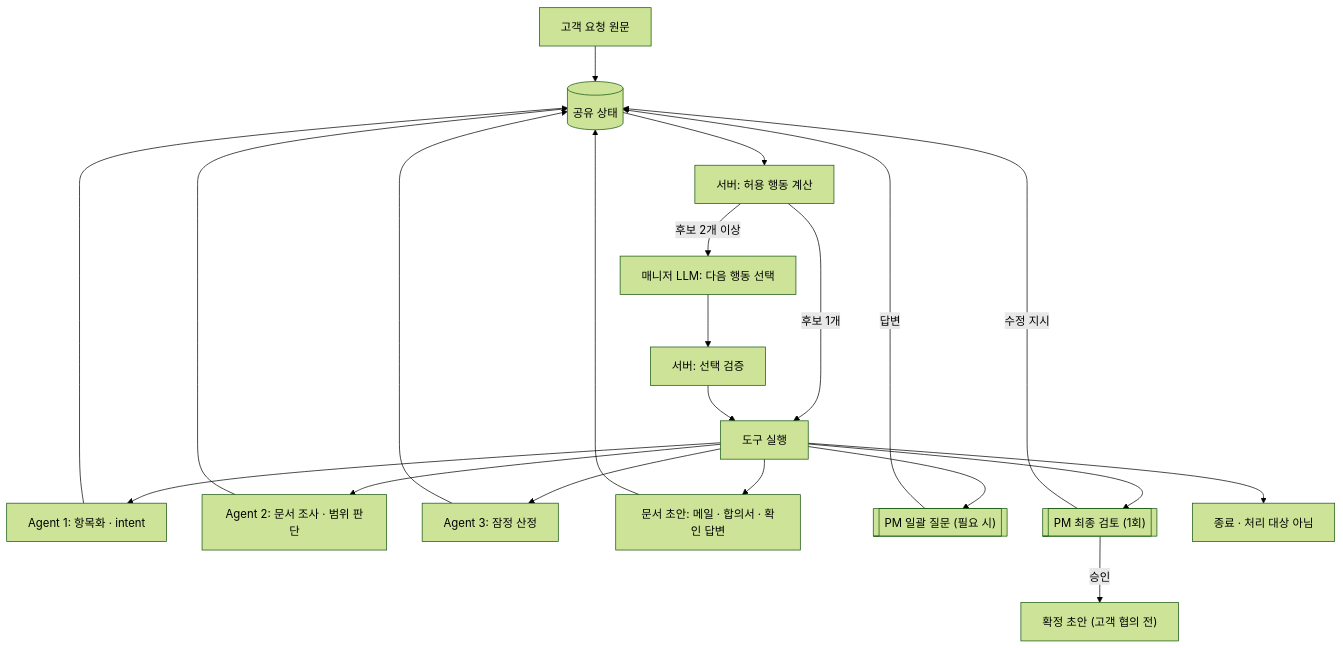
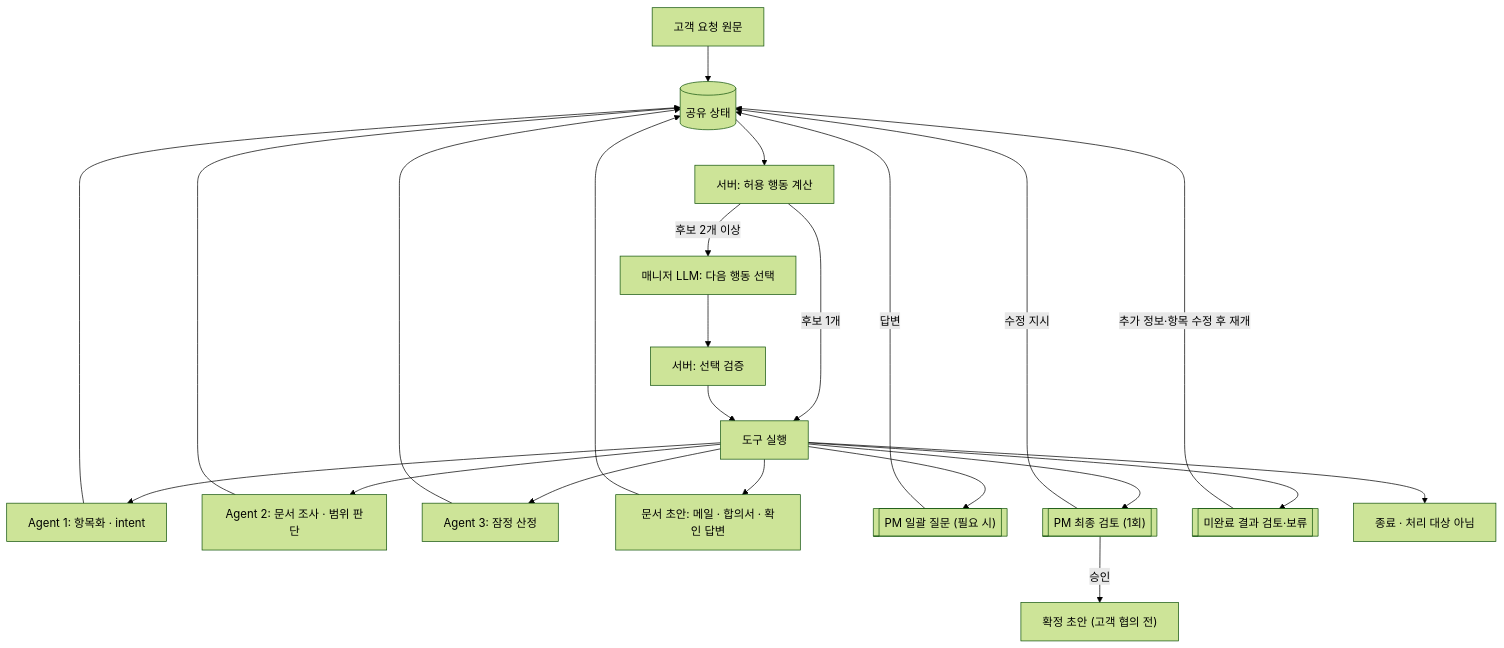
Before and after one commit to Weave-B2B/weave-ai-agent: the diagram in docs/prototype/integrated-request-analysis-plan.md, drawn with Mermaid (forest theme). The commit also changed other lines of this file, not shown here.

Commit message:
docs(#5): 최종 승인과 미완료 처리 계약 보완

````diff
--- a/docs/prototype/integrated-request-analysis-plan.md
+++ b/docs/prototype/integrated-request-analysis-plan.md
@@ -116,23 +119,25 @@
 ```mermaid
 flowchart TD
     U["고객 요청 원문"] --> S[("공유 상태")]
     S --> G["서버: 허용 행동 계산"]
     G -->|"후보 1개"| T["도구 실행"]
     G -->|"후보 2개 이상"| M["매니저 LLM: 다음 행동 선택"]
     M --> V["서버: 선택 검증"]
     V --> T
     T --> A1["Agent 1: 항목화 · intent"]
     T --> A2["Agent 2: 문서 조사 · 범위 판단"]
     T --> A3["Agent 3: 잠정 산정"]
     T --> DR["문서 초안: 메일 · 합의서 · 확인 답변"]
     T --> Q[["PM 일괄 질문 (필요 시)"]]
     T --> R[["PM 최종 검토 (1회)"]]
+    T --> IR[["미완료 결과 검토·보류"]]
     T --> E["종료 · 처리 대상 아님"]
     A1 --> S
     A2 --> S
     A3 --> S
     DR --> S
     Q -->|"답변"| S
+    IR -->|"추가 정보·항목 수정 후 재개"| S
     R -->|"수정 지시"| S
     R -->|"승인"| F["확정 초안 (고객 협의 전)"]
 ```
````
